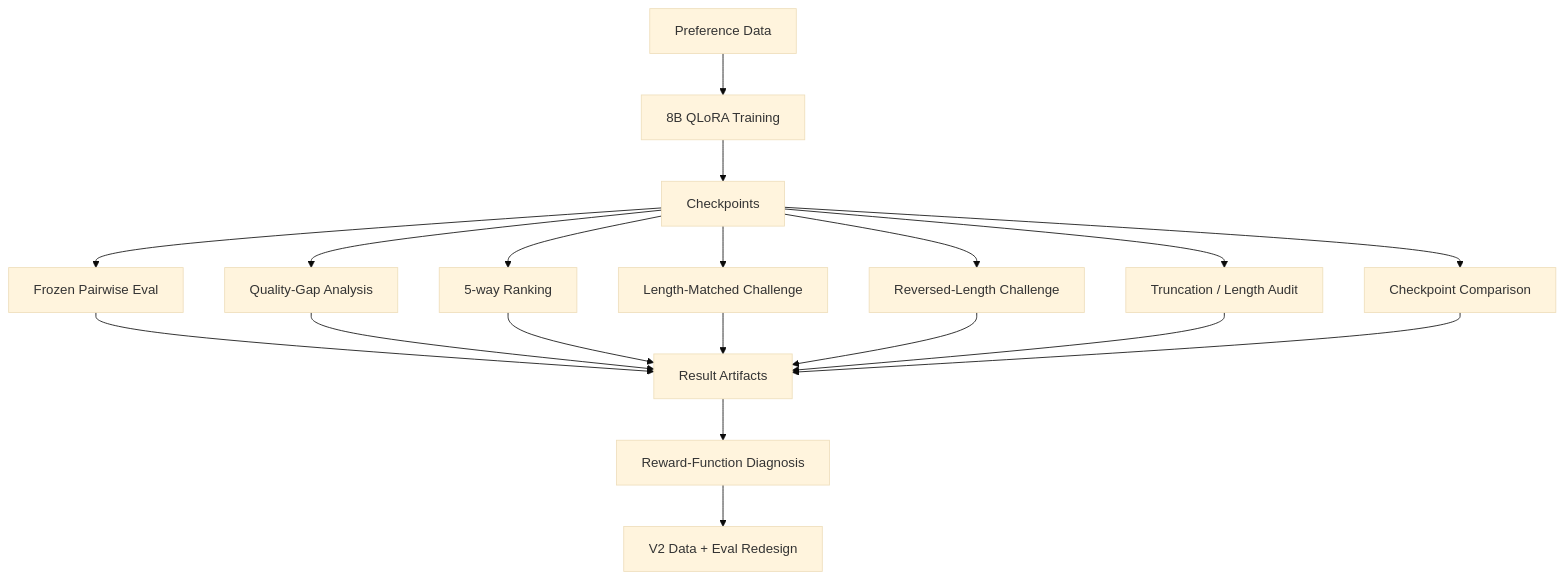
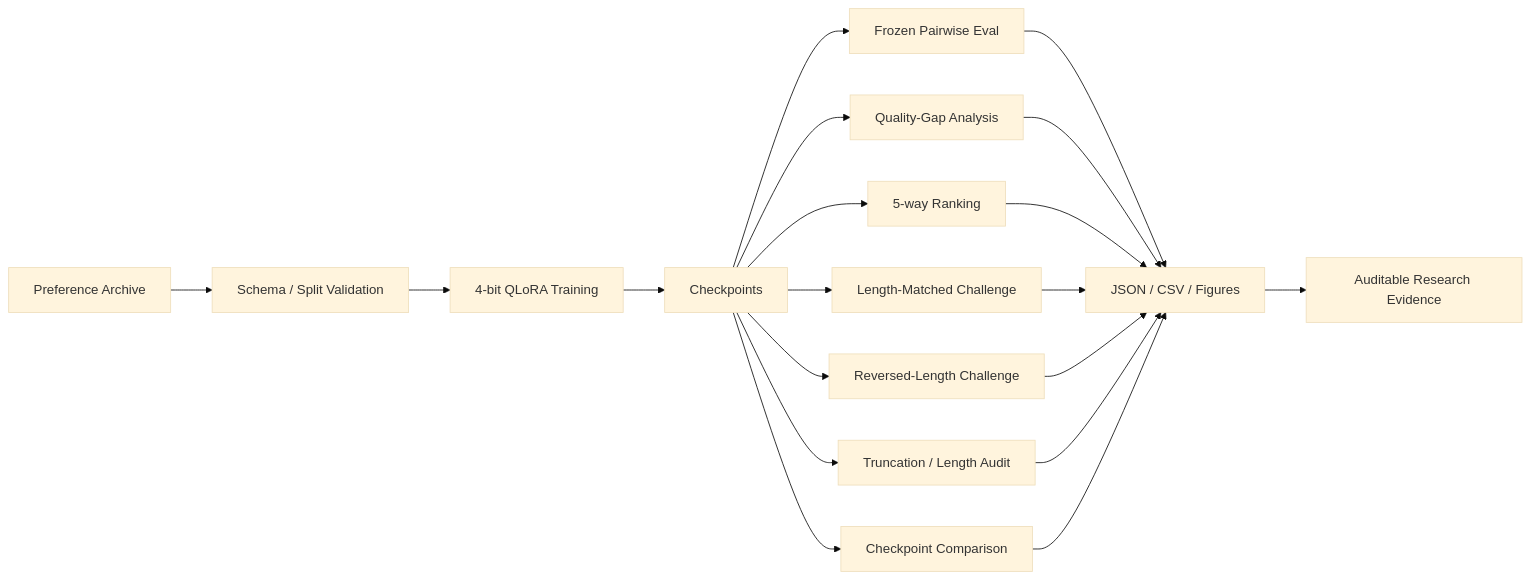
Before and after one commit to Benjamindaoson/reward-modeling-lab: the diagram in .github/README.md, drawn with Mermaid (base theme). The commit also changed other lines of this file, not shown here.

Commit message:
docs: embed reward audit research story figure

````diff
--- a/.github/README.md
+++ b/.github/README.md
@@ -376,24 +323,15 @@
 ```mermaid
-flowchart TD
-    A[Preference Data] --> B[8B QLoRA Training]
-    B --> C[Checkpoints]
-
-    C --> D[Frozen Pairwise Eval]
-    C --> E[Quality-Gap Analysis]
-    C --> F[5-way Ranking]
-    C --> G[Length-Matched Challenge]
-    C --> H[Reversed-Length Challenge]
-    C --> I[Truncation / Length Audit]
-    C --> J[Checkpoint Comparison]
-
-    D --> K[Result Artifacts]
-    E --> K
-    F --> K
-    G --> K
-    H --> K
-    I --> K
-    J --> K
-
-    K --> L[Reward-Function Diagnosis]
-    L --> M[V2 Data + Eval Redesign]
+flowchart LR
+    A[Preference Archive] --> B[Schema / Split Validation]
+    B --> C[4-bit QLoRA Training]
+    C --> D[Checkpoints]
+    D --> E[Frozen Pairwise Eval]
+    D --> F[Quality-Gap Analysis]
+    D --> G[5-way Ranking]
+    D --> H[Length-Matched Challenge]
+    D --> I[Reversed-Length Challenge]
+    D --> J[Truncation / Length Audit]
+    D --> K[Checkpoint Comparison]
+    E & F & G & H & I & J & K --> L[JSON / CSV / Figures]
+    L --> M[Auditable Research Evidence]
 ```
````
